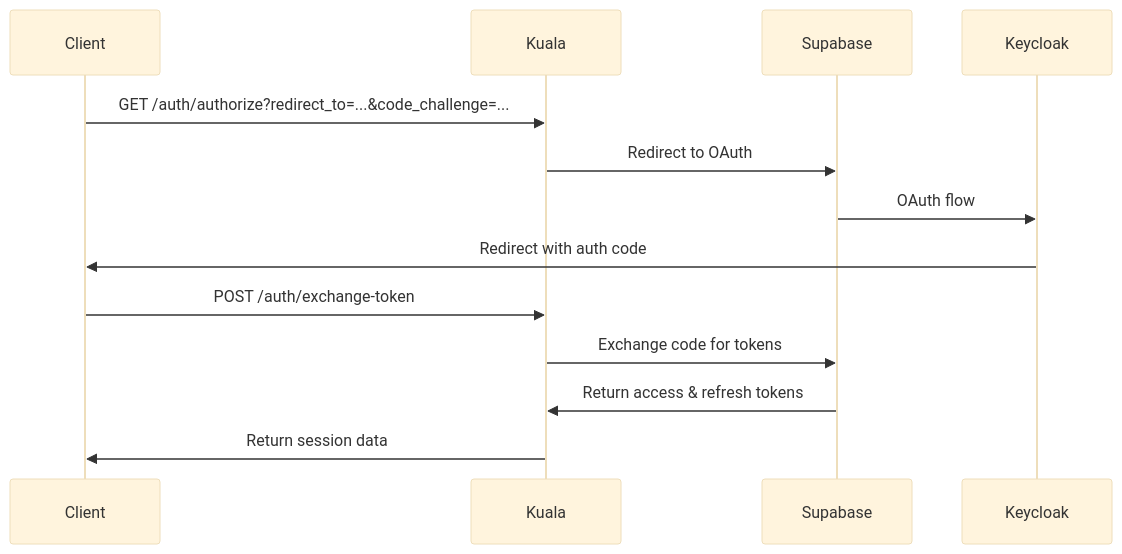
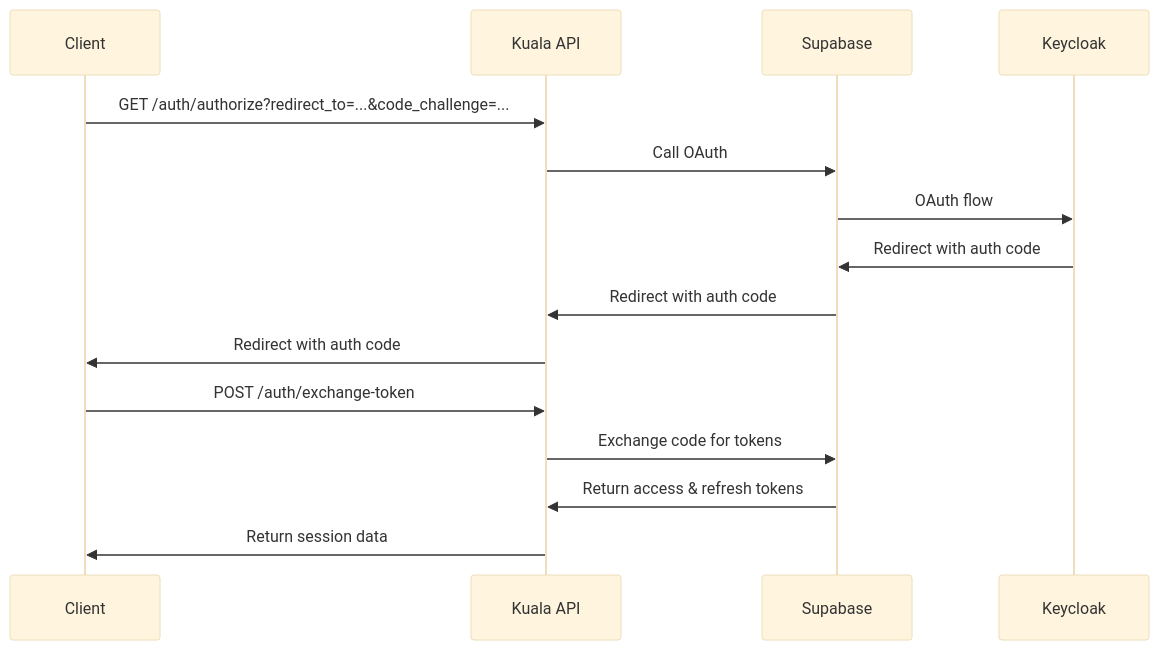
The diagram in README.md (seribasa/kuala-api), drawn with Mermaid (base theme) before and after one commit. The commit also changed other lines of this file, not shown here.

Commit message:
docs: update README to clarify architecture diagram and environment configuration

````diff
--- a/README.md
+++ b/README.md
@@ -96,16 +98,18 @@
 ```mermaid
 sequenceDiagram
     participant Client
-    participant Kuala
+    participant Kuala API
     participant Supabase
     participant Keycloak
 
-    Client->>Kuala: GET /auth/authorize?redirect_to=...&code_challenge=...
-    Kuala->>Supabase: Redirect to OAuth
+    Client->>Kuala API: GET /auth/authorize?redirect_to=...&code_challenge=...
+    Kuala API->>Supabase: Call OAuth
     Supabase->>Keycloak: OAuth flow
-    Keycloak->>Client: Redirect with auth code
-    Client->>Kuala: POST /auth/exchange-token
-    Kuala->>Supabase: Exchange code for tokens
-    Supabase->>Kuala: Return access & refresh tokens
-    Kuala->>Client: Return session data
+    Keycloak->>Supabase: Redirect with auth code
+    Supabase->>Kuala API: Redirect with auth code
+    Kuala API->>Client: Redirect with auth code
+    Client->>Kuala API: POST /auth/exchange-token
+    Kuala API->>Supabase: Exchange code for tokens
+    Supabase->>Kuala API: Return access & refresh tokens
+    Kuala API->>Client: Return session data
 ```
````
